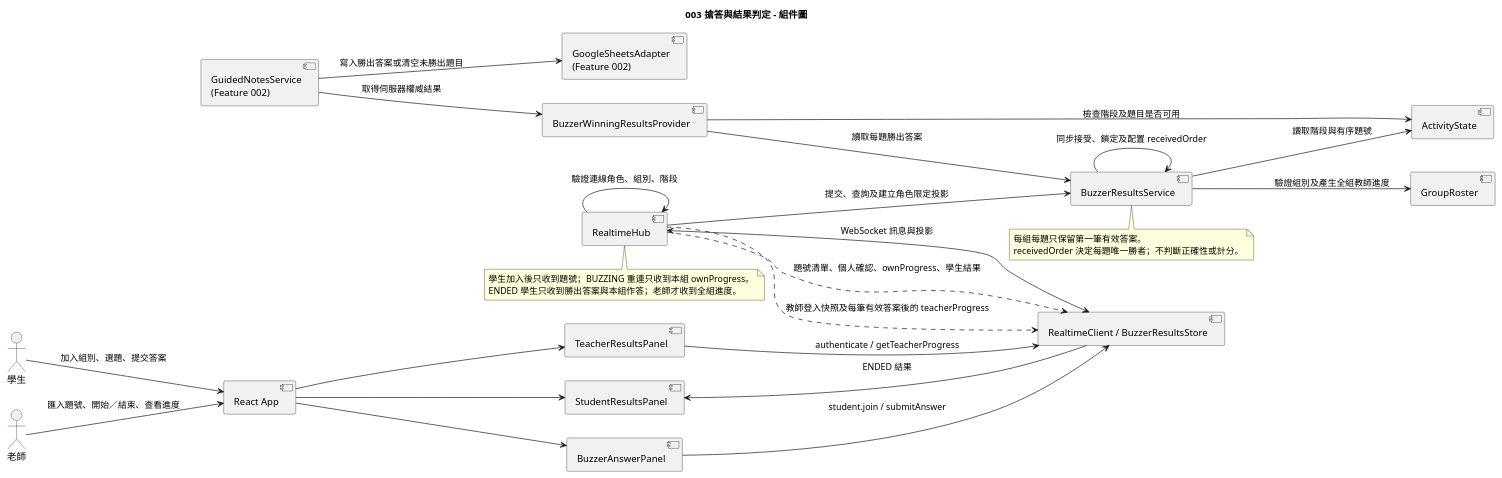
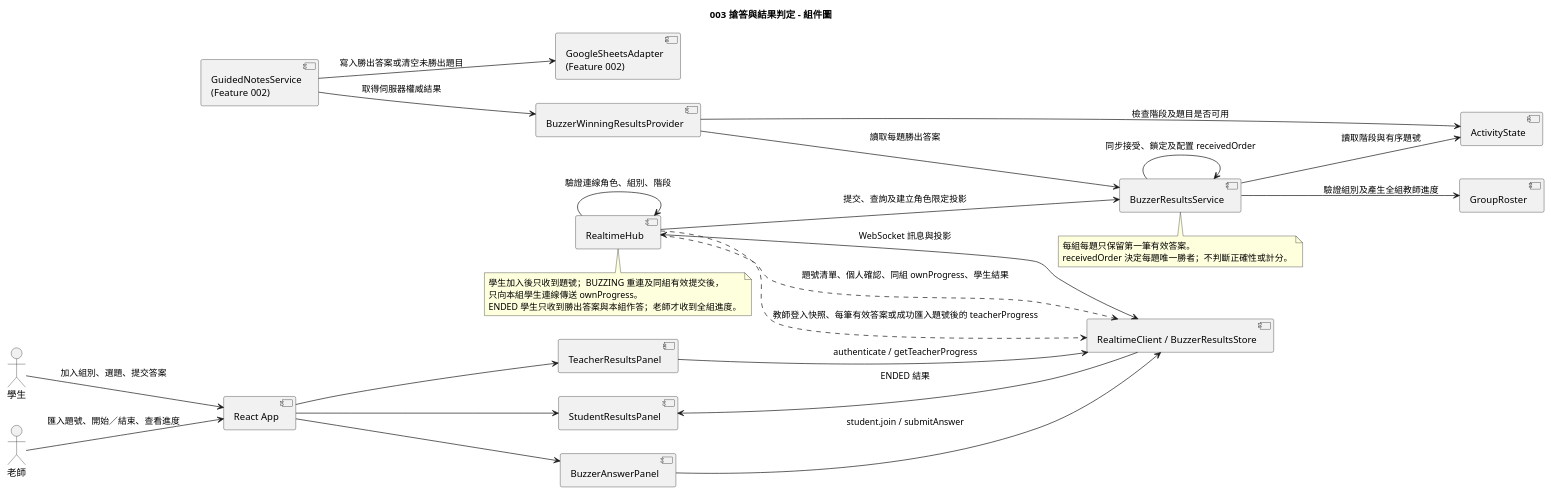
Before and after one commit to ncuyvonne/speckit-buzzer: the diagram in diagrams/003-buzzer-results-component.puml, drawn with PlantUML. The commit also changed 18 other files, not shown here.

```diff
--- a/diagrams/003-buzzer-results-component.puml
+++ b/diagrams/003-buzzer-results-component.puml
@@ -1,50 +1,51 @@
 @startuml
 title 003 搶答與結果判定 - 組件圖
 left to right direction
 
 actor "學生" as Student
 actor "老師" as Teacher
 component "React App" as UI
 component "BuzzerAnswerPanel" as StudentPanel
 component "TeacherResultsPanel" as TeacherPanel
 component "StudentResultsPanel" as StudentResultsPanel
 component "RealtimeClient / BuzzerResultsStore" as Client
 component "RealtimeHub" as Hub
 component "BuzzerResultsService" as Results
 component "ActivityState" as Activity
 component "GroupRoster" as Groups
 component "BuzzerWinningResultsProvider" as Provider
 component "GuidedNotesService\n(Feature 002)" as GuidedNotes
 component "GoogleSheetsAdapter\n(Feature 002)" as Sheets
 
 Student --> UI : 加入組別、選題、提交答案
 Teacher --> UI : 匯入題號、開始／結束、查看進度
 UI --> StudentPanel
 UI --> TeacherPanel
 UI --> StudentResultsPanel
 StudentPanel --> Client : student.join / submitAnswer
 TeacherPanel --> Client : authenticate / getTeacherProgress
 StudentResultsPanel <-- Client : ENDED 結果
 Client <--> Hub : WebSocket 訊息與投影
 Hub --> Hub : 驗證連線角色、組別、階段
 Hub --> Results : 提交、查詢及建立角色限定投影
 Results --> Activity : 讀取階段與有序題號
 Results --> Groups : 驗證組別及產生全組教師進度
 Results --> Results : 同步接受、鎖定及配置 receivedOrder
-Hub ..> Client : 題號清單、個人確認、ownProgress、學生結果
-Hub ..> Client : 教師登入快照及每筆有效答案後的 teacherProgress
+Hub ..> Client : 題號清單、個人確認、同組 ownProgress、學生結果
+Hub ..> Client : 教師登入快照、每筆有效答案或成功匯入題號後的 teacherProgress
 Provider --> Results : 讀取每題勝出答案
 Provider --> Activity : 檢查階段及題目是否可用
 GuidedNotes --> Provider : 取得伺服器權威結果
 GuidedNotes --> Sheets : 寫入勝出答案或清空未勝出題目
 
 note bottom of Results
 每組每題只保留第一筆有效答案。
 receivedOrder 決定每題唯一勝者；不判斷正確性或計分。
 end note
 
 note bottom of Hub
-學生加入後只收到題號；BUZZING 重連只收到本組 ownProgress。
+學生加入後只收到題號；BUZZING 重連及同組有效提交後，
+只向本組學生連線傳送 ownProgress。
 ENDED 學生只收到勝出答案與本組作答；老師才收到全組進度。
 end note
 @enduml
```
